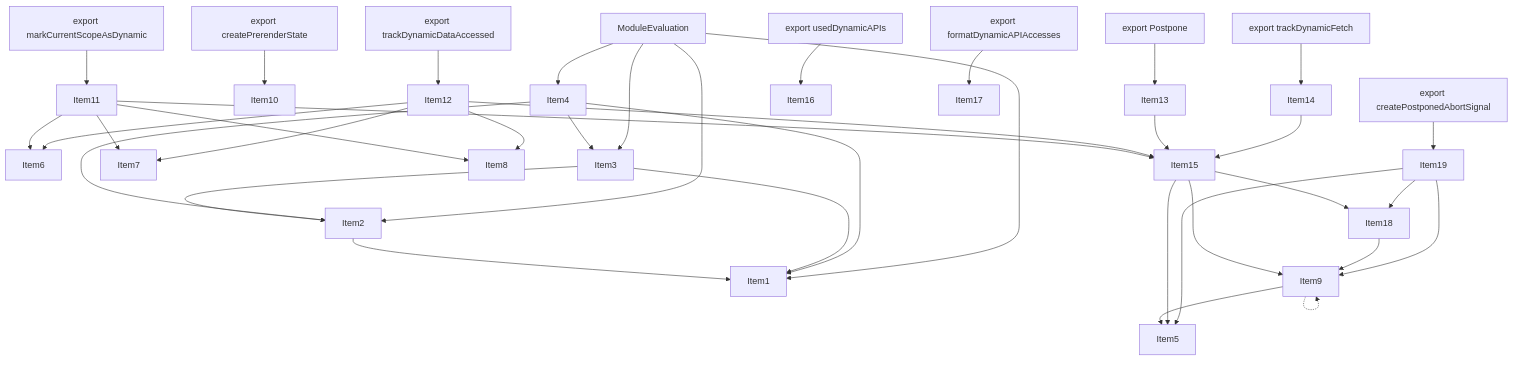
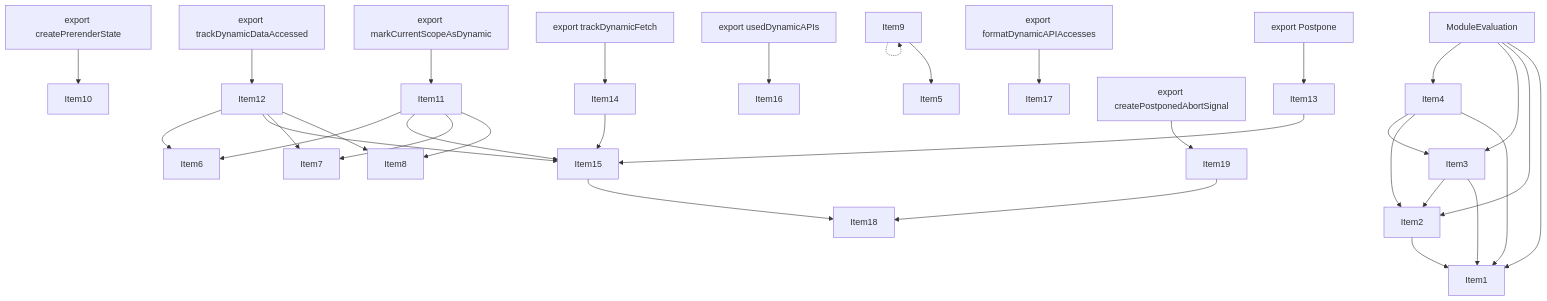
One commit to vercel/turborepo changed the fourth of 5 diagrams in crates/turbopack-ecmascript/tests/tree-shaker/analyzer/failed-2/output.md. Above: the diagram before and after it, drawn with Mermaid. The commit also changed other lines of this file and 20 other files, not shown here.

````diff
--- a/crates/turbopack-ecmascript/tests/tree-shaker/analyzer/failed-2/output.md
+++ b/crates/turbopack-ecmascript/tests/tree-shaker/analyzer/failed-2/output.md
@@ -461,77 +456,72 @@
 ```mermaid
 graph TD
     Item1;
     Item5;
     Item2;
     Item6;
     Item3;
     Item7;
     Item4;
     Item8;
     Item9;
     Item10;
     Item11;
     Item12;
     Item13;
     Item14;
     Item15;
     Item16;
     Item17;
     Item18;
     Item19;
     Item20;
     Item20["ModuleEvaluation"];
     Item21;
     Item21["export createPrerenderState"];
     Item22;
     Item22["export markCurrentScopeAsDynamic"];
     Item23;
     Item23["export trackDynamicDataAccessed"];
     Item24;
     Item24["export Postpone"];
     Item25;
     Item25["export trackDynamicFetch"];
     Item26;
     Item26["export usedDynamicAPIs"];
     Item27;
     Item27["export formatDynamicAPIAccesses"];
     Item28;
     Item28["export createPostponedAbortSignal"];
     Item2 --> Item1;
     Item3 --> Item1;
     Item3 --> Item2;
     Item4 --> Item1;
     Item4 --> Item2;
     Item4 --> Item3;
     Item9 --> Item5;
     Item9 -.-> Item9;
     Item11 --> Item8;
     Item11 --> Item7;
     Item11 --> Item15;
     Item11 --> Item6;
     Item12 --> Item8;
     Item12 --> Item7;
     Item12 --> Item15;
     Item12 --> Item6;
     Item13 --> Item15;
     Item14 --> Item15;
     Item15 --> Item18;
-    Item15 --> Item5;
-    Item15 --> Item9;
-    Item18 --> Item9;
     Item19 --> Item18;
-    Item19 --> Item5;
-    Item19 --> Item9;
     Item20 --> Item1;
     Item20 --> Item2;
     Item20 --> Item3;
     Item20 --> Item4;
     Item21 --> Item10;
     Item22 --> Item11;
     Item23 --> Item12;
     Item24 --> Item13;
     Item25 --> Item14;
     Item26 --> Item16;
     Item27 --> Item17;
     Item28 --> Item19;
 ```
````
